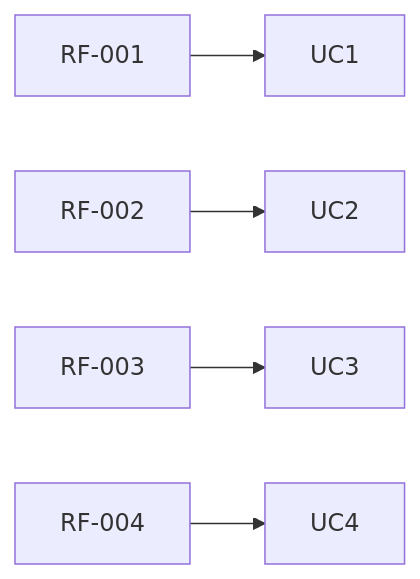
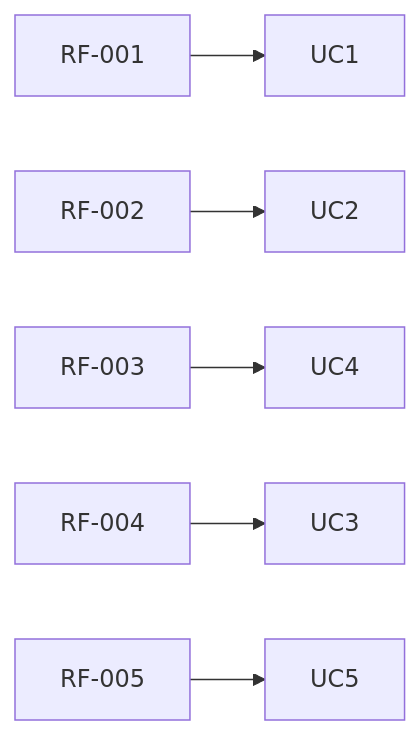
Before and after one commit to edxzyluksz/Desenvolvimento-de-Sistemas: the sixth of 6 diagrams in 2026/3o-termo/programacao-front-end/demonstracoes/poo/sa-projeto-gerenciamento/README.md, drawn with Mermaid. The commit also changed other lines of this file and 7 other files, not shown here.

````diff
--- a/2026/3o-termo/programacao-front-end/demonstracoes/poo/sa-projeto-gerenciamento/README.md
+++ b/2026/3o-termo/programacao-front-end/demonstracoes/poo/sa-projeto-gerenciamento/README.md
@@ -387,7 +330,8 @@
 ```mermaid
-    flowchart LR
+flowchart LR
     RF-001 --> UC1
     RF-002 --> UC2
-    RF-003 --> UC3
-    RF-004 --> UC4
+    RF-003 --> UC4
+    RF-004 --> UC3
+    RF-005 --> UC5
 ```
````
